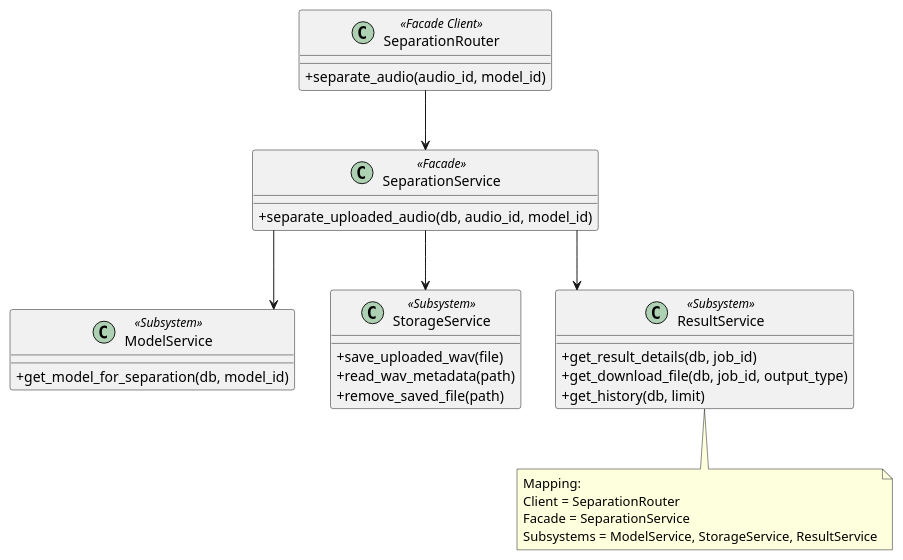
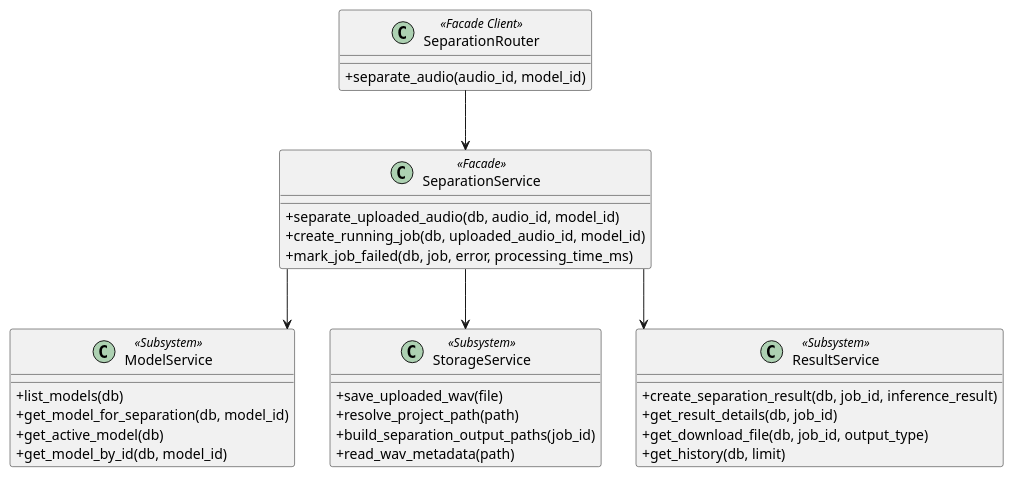
One commit to ASHRAF-2004/Machine-Learning-Based-System-for-Cardiopulmonary-Sound-Separation changed the diagram in docs/software_design_report/diagrams/puml/facade_project.puml. Above: the diagram before and after it, drawn with PlantUML. The commit also changed 11 other files, not shown here.

Commit message:
Align pattern diagrams and finalize report build

```diff
--- a/docs/software_design_report/diagrams/puml/facade_project.puml
+++ b/docs/software_design_report/diagrams/puml/facade_project.puml
@@ -1,45 +1,45 @@
 @startuml
 ' Facade Pattern adapted to the refactored backend implementation.
 ' Suggested LaTeX placement: normal page.
 
 skinparam classAttributeIconSize 0
 skinparam shadowing false
 skinparam linetype ortho
 
 class SeparationRouter <<Facade Client>> {
   +separate_audio(audio_id, model_id)
 }
 
 class SeparationService <<Facade>> {
   +separate_uploaded_audio(db, audio_id, model_id)
+  +create_running_job(db, uploaded_audio_id, model_id)
+  +mark_job_failed(db, job, error, processing_time_ms)
 }
 
 class ModelService <<Subsystem>> {
+  +list_models(db)
   +get_model_for_separation(db, model_id)
+  +get_active_model(db)
+  +get_model_by_id(db, model_id)
 }
 
 class StorageService <<Subsystem>> {
   +save_uploaded_wav(file)
+  +resolve_project_path(path)
+  +build_separation_output_paths(job_id)
   +read_wav_metadata(path)
-  +remove_saved_file(path)
 }
 
 class ResultService <<Subsystem>> {
+  +create_separation_result(db, job_id, inference_result)
   +get_result_details(db, job_id)
   +get_download_file(db, job_id, output_type)
   +get_history(db, limit)
 }
 
 SeparationRouter --> SeparationService
 SeparationService --> ModelService
 SeparationService --> StorageService
 SeparationService --> ResultService
 
-note bottom
-  Mapping:
-  Client = SeparationRouter
-  Facade = SeparationService
-  Subsystems = ModelService, StorageService, ResultService
-end note
-
 @enduml
```
